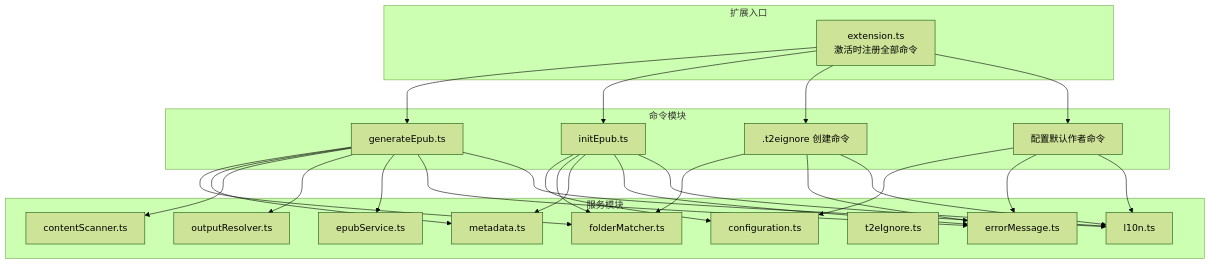
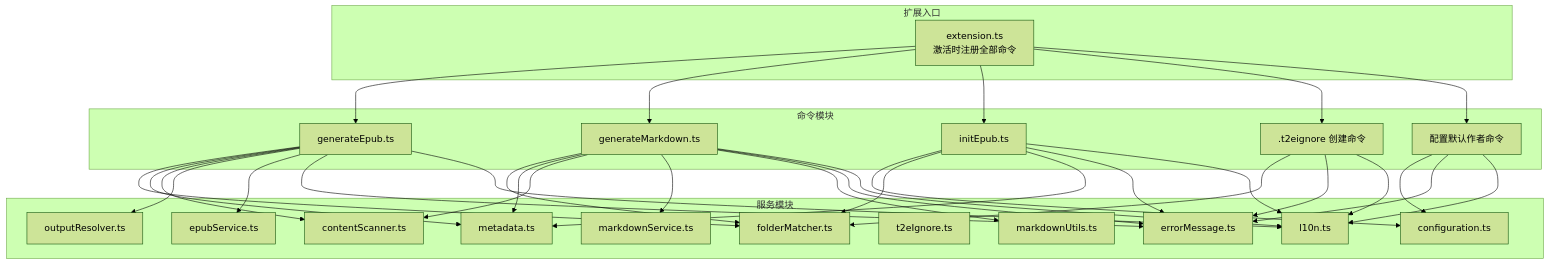
One commit to someok/vscode-folder2epub changed the first of 8 diagrams in .qoder/repowiki/zh/content/API 参考文档/命令 API.md. Above: the diagram before and after it, drawn with Mermaid (forest theme). The commit also changed other lines of this file and 4 other files, not shown here.

````diff
--- a/.qoder/repowiki/zh/content/API 参考文档/命令 API.md
+++ b/.qoder/repowiki/zh/content/API 参考文档/命令 API.md
@@ -43,45 +53,56 @@
 ```mermaid
 graph TB
 subgraph "扩展入口"
 EXT["extension.ts<br/>激活时注册全部命令"]
 end
 subgraph "命令模块"
 CMD_GEN["generateEpub.ts"]
+CMD_MERGE["generateMarkdown.ts"]
 CMD_INIT["initEpub.ts"]
 CMD_T2E[".t2eignore 创建命令"]
 CMD_AUTH["配置默认作者命令"]
 end
 subgraph "服务模块"
 SVC_CONF["configuration.ts"]
 SVC_MATCH["folderMatcher.ts"]
 SVC_META["metadata.ts"]
 SVC_SCAN["contentScanner.ts"]
 SVC_OUT["outputResolver.ts"]
 SVC_EPUB["epubService.ts"]
 SVC_T2E["t2eIgnore.ts"]
 SVC_ERR["errorMessage.ts"]
 SVC_L10N["l10n.ts"]
+SVC_MD["markdownService.ts"]
+SVC_MDUTIL["markdownUtils.ts"]
 end
 EXT --> CMD_GEN
+EXT --> CMD_MERGE
 EXT --> CMD_INIT
 EXT --> CMD_T2E
 EXT --> CMD_AUTH
 CMD_GEN --> SVC_MATCH
 CMD_GEN --> SVC_META
 CMD_GEN --> SVC_SCAN
 CMD_GEN --> SVC_OUT
 CMD_GEN --> SVC_EPUB
 CMD_GEN --> SVC_ERR
 CMD_GEN --> SVC_L10N
+CMD_MERGE --> SVC_MATCH
+CMD_MERGE --> SVC_META
+CMD_MERGE --> SVC_SCAN
+CMD_MERGE --> SVC_MD
+CMD_MERGE --> SVC_MDUTIL
+CMD_MERGE --> SVC_ERR
+CMD_MERGE --> SVC_L10N
 CMD_INIT --> SVC_CONF
 CMD_INIT --> SVC_MATCH
 CMD_INIT --> SVC_META
 CMD_INIT --> SVC_ERR
 CMD_INIT --> SVC_L10N
 CMD_T2E --> SVC_MATCH
 CMD_T2E --> SVC_ERR
 CMD_T2E --> SVC_L10N
 CMD_AUTH --> SVC_CONF
 CMD_AUTH --> SVC_ERR
 CMD_AUTH --> SVC_L10N
 ```
````
